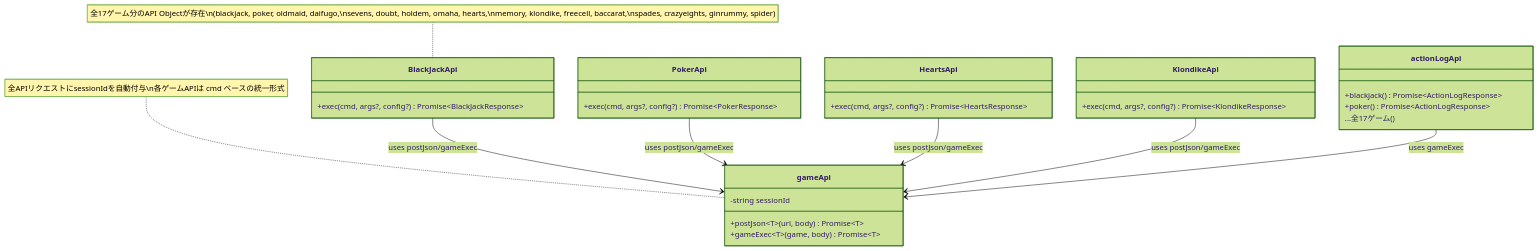
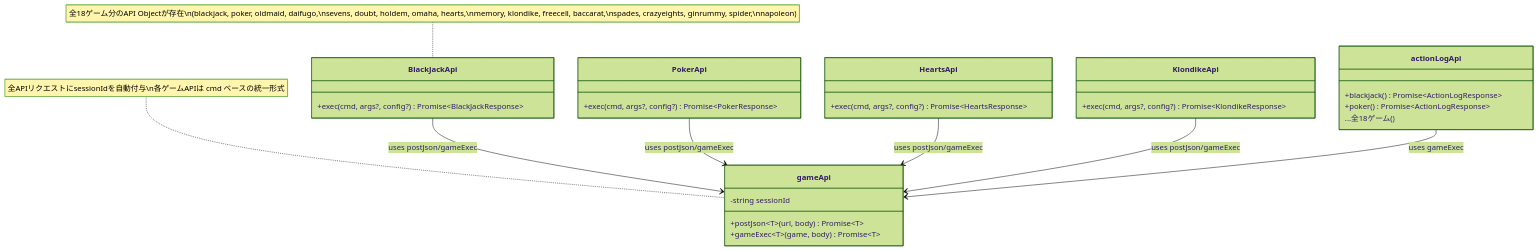
The third of 16 diagrams in docs/design/frontend.md (yuta-yoshinaga/go_trumpcards), drawn with Mermaid (forest theme) before and after one commit. The commit also changed other lines of this file and 51 other files, not shown here.

````diff
--- a/docs/design/frontend.md
+++ b/docs/design/frontend.md
@@ -188,39 +199,39 @@
 ```mermaid
 classDiagram
     class gameApi {
         -string sessionId
         +postJson~T~(url, body) Promise~T~
         +gameExec~T~(game, body) Promise~T~
     }
 
     class BlackJackApi {
         +exec(cmd, args?, config?) Promise~BlackJackResponse~
     }
 
     class PokerApi {
         +exec(cmd, args?, config?) Promise~PokerResponse~
     }
 
     class HeartsApi {
         +exec(cmd, args?, config?) Promise~HeartsResponse~
     }
 
     class KlondikeApi {
         +exec(cmd, args?, config?) Promise~KlondikeResponse~
     }
 
     class actionLogApi {
         +blackjack() Promise~ActionLogResponse~
         +poker() Promise~ActionLogResponse~
-        ...全17ゲーム()
+        ...全18ゲーム()
     }
 
     BlackJackApi --> gameApi : uses postJson/gameExec
     PokerApi --> gameApi : uses postJson/gameExec
     HeartsApi --> gameApi : uses postJson/gameExec
     KlondikeApi --> gameApi : uses postJson/gameExec
     actionLogApi --> gameApi : uses gameExec
 
     note for gameApi "全APIリクエストにsessionIdを自動付与\n各ゲームAPIは cmd ベースの統一形式"
-    note for BlackJackApi "全17ゲーム分のAPI Objectが存在\n(blackjack, poker, oldmaid, daifugo,\nsevens, doubt, holdem, omaha, hearts,\nmemory, klondike, freecell, baccarat,\nspades, crazyeights, ginrummy, spider)"
+    note for BlackJackApi "全18ゲーム分のAPI Objectが存在\n(blackjack, poker, oldmaid, daifugo,\nsevens, doubt, holdem, omaha, hearts,\nmemory, klondike, freecell, baccarat,\nspades, crazyeights, ginrummy, spider,\nnapoleon)"
 ```
````
